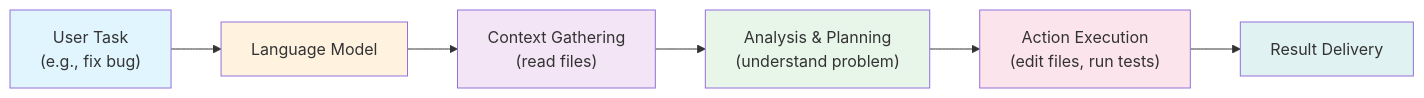
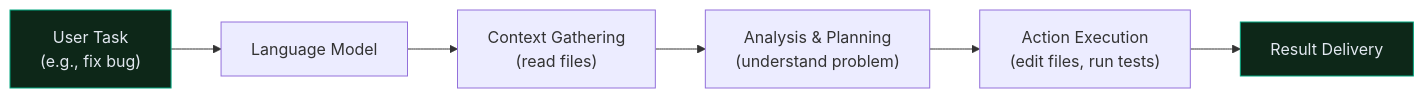
Before and after one commit to CagriCatik/claude-ollama-coder: the first of 16 diagrams in docs/01_Claude-Code-in-Action.md, drawn with Mermaid. The commit also changed other lines of this file and 16 other files, not shown here.

````diff
--- a/docs/01_Claude-Code-in-Action.md
+++ b/docs/01_Claude-Code-in-Action.md
@@ -26,15 +27,11 @@
 ```mermaid
 graph LR
     A["User Task<br/>(e.g., fix bug)"] --> B["Language Model"]
     B --> C["Context Gathering<br/>(read files)"]
     C --> D["Analysis & Planning<br/>(understand problem)"]
     D --> E["Action Execution<br/>(edit files, run tests)"]
     E --> F["Result Delivery"]
     
-    style A fill:#e1f5ff
-    style B fill:#fff3e0
-    style C fill:#f3e5f5
-    style D fill:#e8f5e9
-    style E fill:#fce4ec
-    style F fill:#e0f2f1
+    style A fill:#0d2718,stroke:#00a67e,color:#e2e8f0
+    style F fill:#0d2718,stroke:#00a67e,color:#e2e8f0
 ```
````
